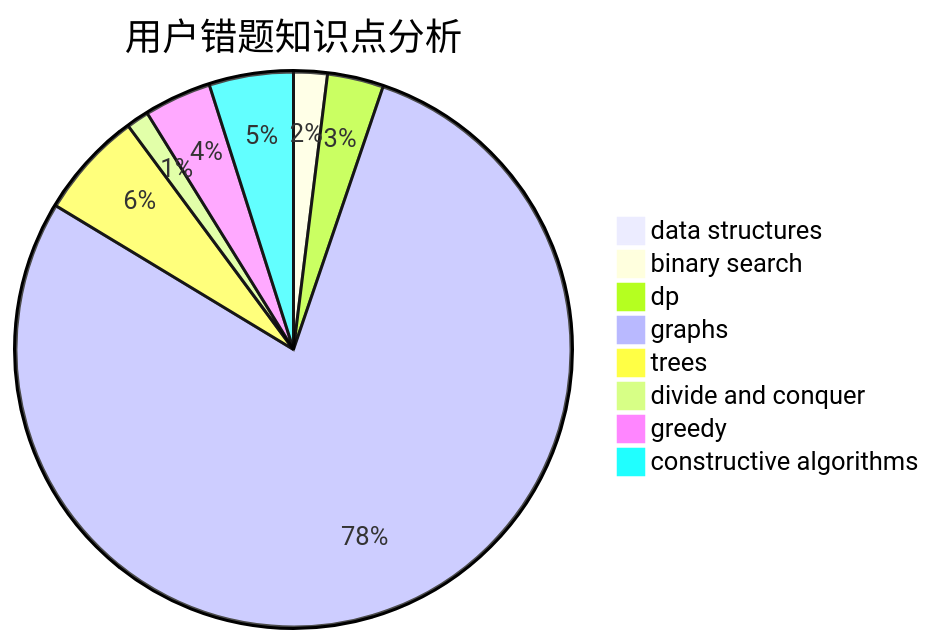
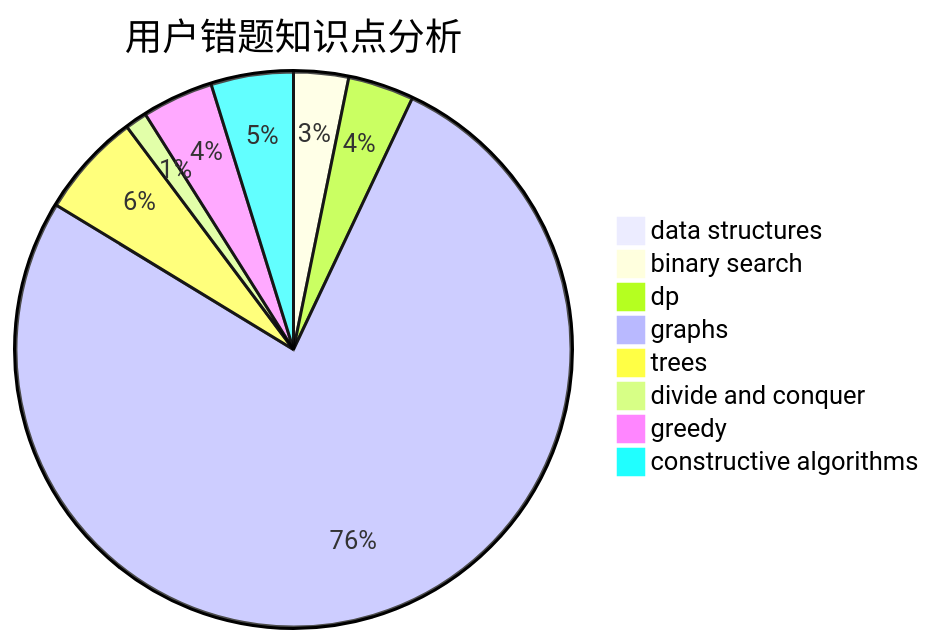
The third of 3 diagrams in docs/user/u487.md (sherpahu/cfrs.github.io), drawn with Mermaid before and after one commit. The commit also changed other lines of this file and 2770 other files, not shown here.

````diff
--- a/docs/user/u487.md
+++ b/docs/user/u487.md
@@ -36,11 +36,11 @@
 ```mermaid
 pie title 用户错题知识点分析
-    "data structures" :  2
-    "binary search" :  6
-    "dp" :  10
+    "data structures" :  3
+    "binary search" :  10
+    "dp" :  12
     "graphs" :  240
     "trees" :  19
     "divide and conquer" :  4
-    "greedy" :  12
+    "greedy" :  13
     "constructive algorithms" :  15
 ```
````
